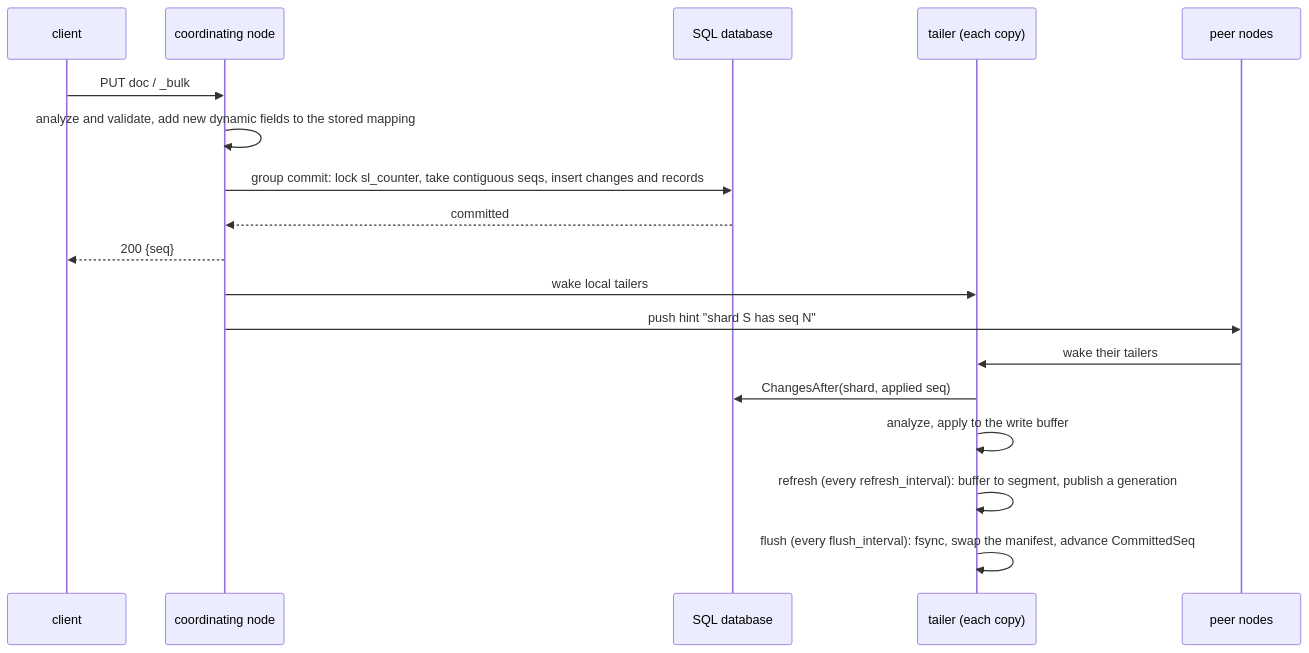
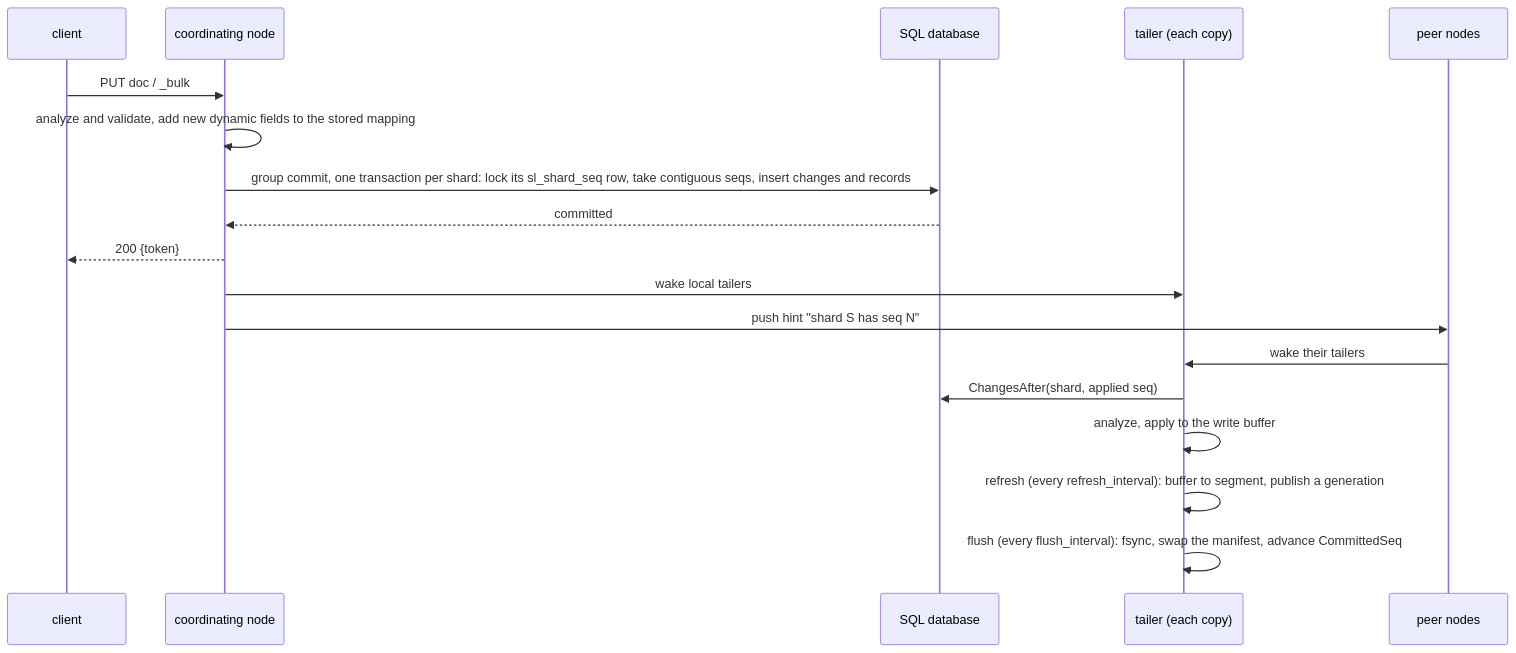
Before and after one commit to Imposter/go-searchlight: the second of 5 diagrams in docs/architecture.md, drawn with Mermaid. The commit also changed other lines of this file and 7 other files, not shown here.

First line of the commit message:
docs: 2.0.0, per-shard sequences, the token and per-item bulk results

````diff
--- a/docs/architecture.md
+++ b/docs/architecture.md
@@ -73,20 +73,20 @@
 ```mermaid
 sequenceDiagram
   participant Cl as client
   participant Co as coordinating node
   participant DB as SQL database
   participant T as tailer (each copy)
   participant P as peer nodes
   Cl->>Co: PUT doc / _bulk
   Co->>Co: analyze and validate, add new dynamic fields to the stored mapping
-  Co->>DB: group commit: lock sl_counter, take contiguous seqs, insert changes and records
+  Co->>DB: group commit, one transaction per shard: lock its sl_shard_seq row, take contiguous seqs, insert changes and records
   DB-->>Co: committed
-  Co-->>Cl: 200 {seq}
+  Co-->>Cl: 200 {token}
   Co->>T: wake local tailers
   Co->>P: push hint "shard S has seq N"
   P->>T: wake their tailers
   T->>DB: ChangesAfter(shard, applied seq)
   T->>T: analyze, apply to the write buffer
   T->>T: refresh (every refresh_interval): buffer to segment, publish a generation
   T->>T: flush (every flush_interval): fsync, swap the manifest, advance CommittedSeq
 ```
````
